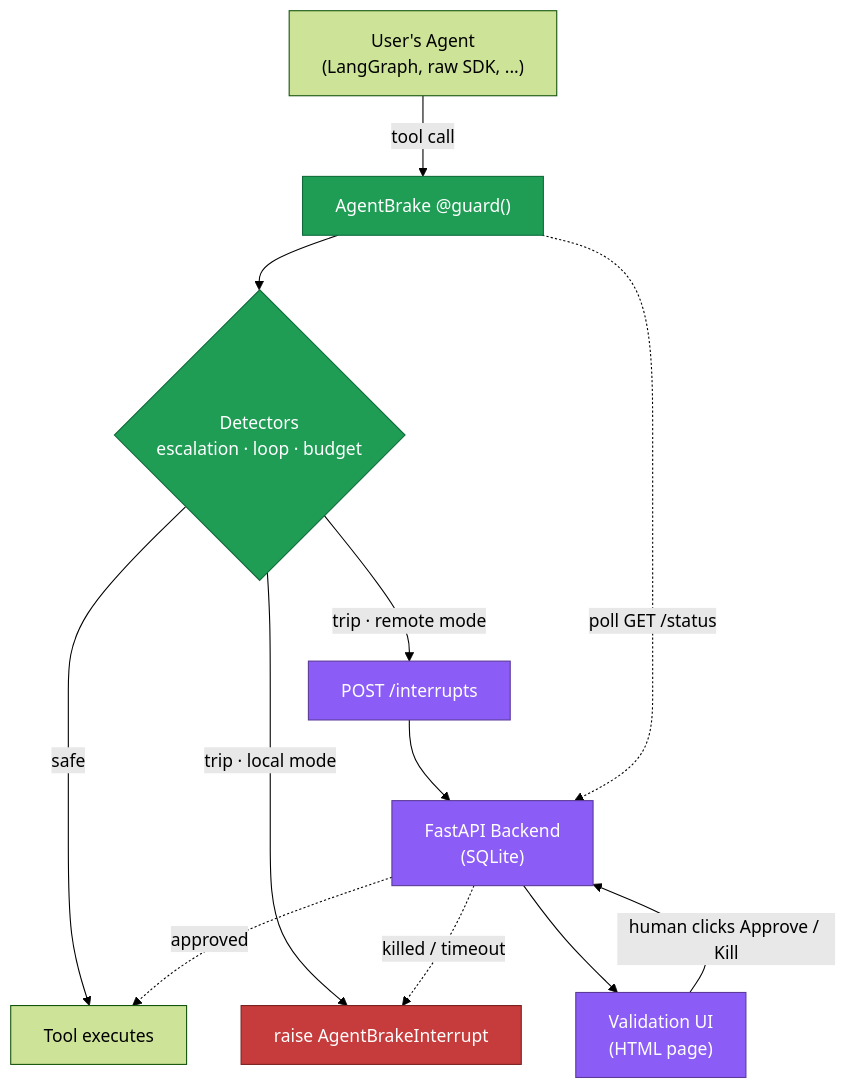
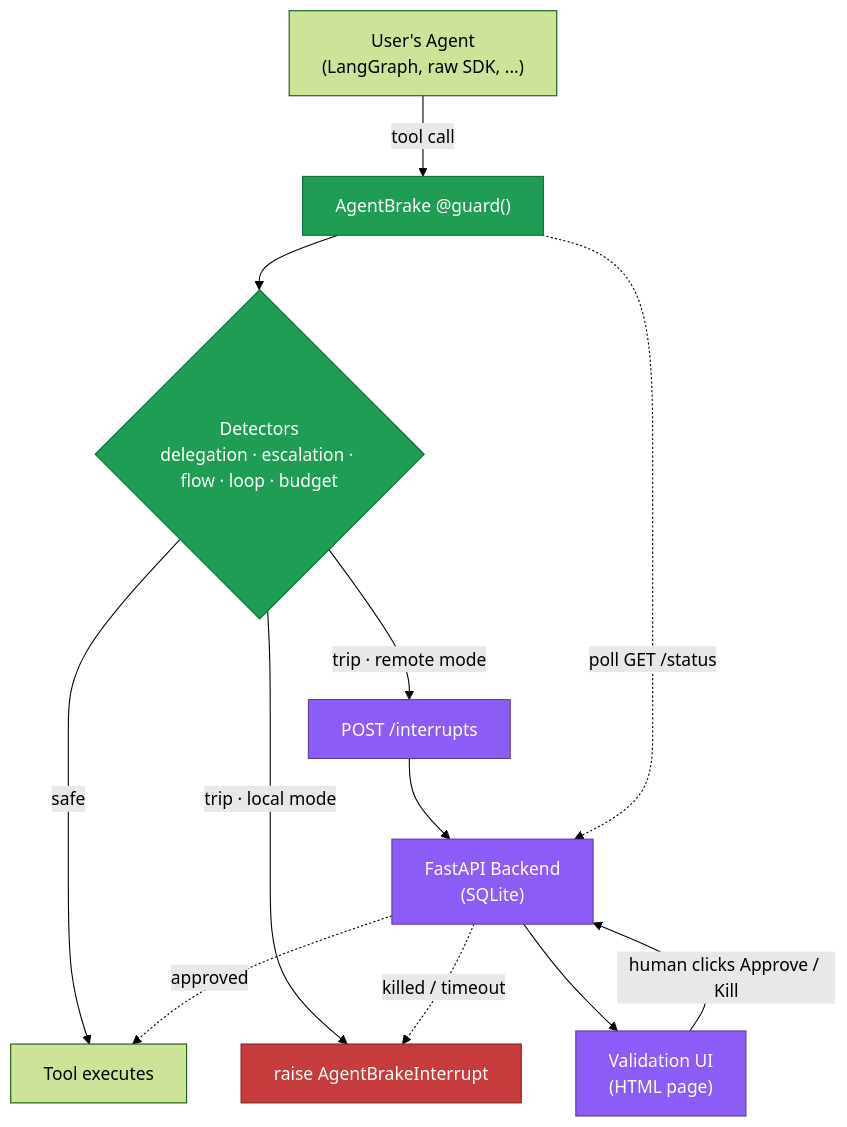
Before and after one commit to BOSSMETALIQUE/agentbrake: the diagram in README.md, drawn with Mermaid (forest theme). The commit also changed other lines of this file, not shown here.

Commit message:
docs: delegation section + full status/roadmap/OWASP sync

````diff
--- a/README.md
+++ b/README.md
@@ -170,21 +170,21 @@
 ```mermaid
 flowchart TD
     A["User's Agent<br/>(LangGraph, raw SDK, ...)"] -->|tool call| B["AgentBrake @guard()"]
-    B --> C{"Detectors<br/>escalation · loop · budget"}
+    B --> C{"Detectors<br/>delegation · escalation · flow · loop · budget"}
     C -->|safe| D["Tool executes"]
     C -->|trip · local mode| E["raise AgentBrakeInterrupt"]
     C -->|trip · remote mode| F["POST /interrupts"]
     F --> G["FastAPI Backend<br/>(SQLite)"]
     G --> H["Validation UI<br/>(HTML page)"]
     H -->|human clicks Approve / Kill| G
     B -.->|poll GET /status| G
     G -.->|approved| D
     G -.->|killed / timeout| E
 
     classDef sdk fill:#1f9d55,stroke:#0e6b39,color:#fff
     classDef backend fill:#8b5cf6,stroke:#5b3a99,color:#fff
     classDef interrupt fill:#c63b3b,stroke:#7a2222,color:#fff
     class B,C sdk
     class F,G,H backend
     class E interrupt
 ```
````
